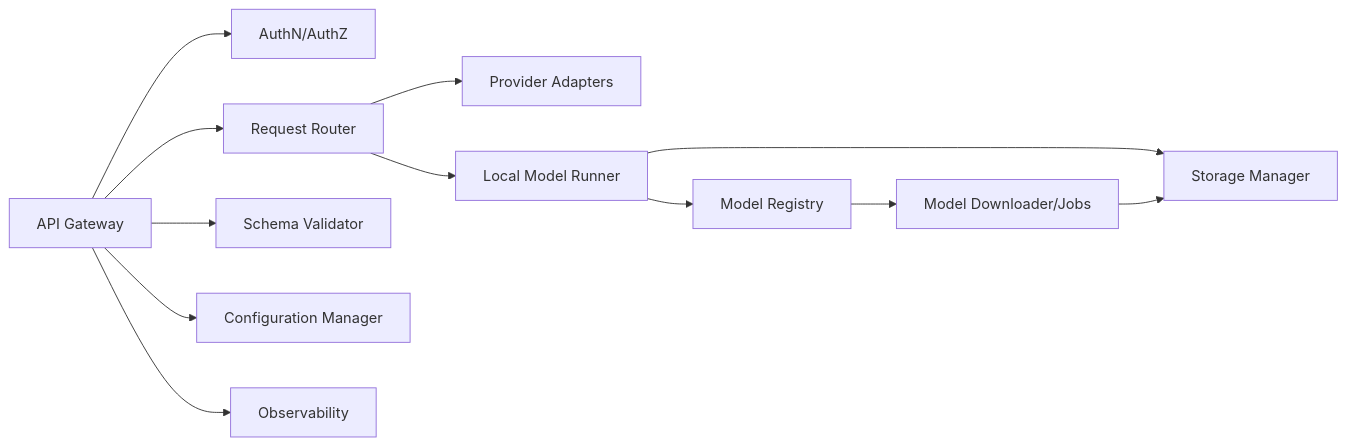
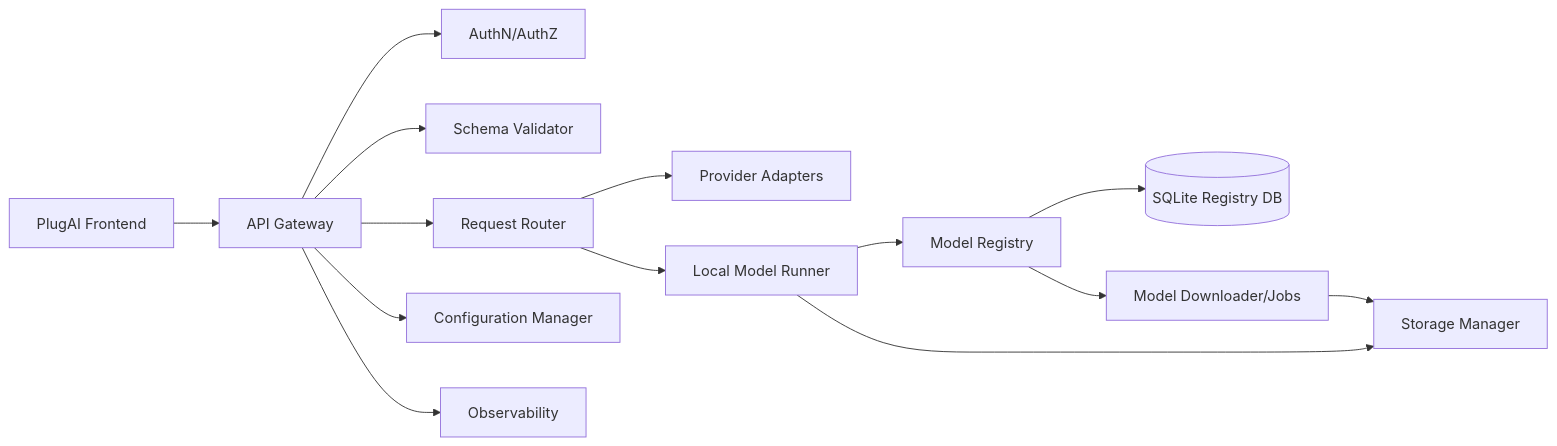
One commit to pluggably/llm_api changed the second of 3 diagrams in docs/architecture/system_architecture.md. Above: the diagram before and after it, drawn with Mermaid. The commit also changed other lines of this file and 119 other files, not shown here.

````diff
--- a/docs/architecture/system_architecture.md
+++ b/docs/architecture/system_architecture.md
@@ -34,26 +38,30 @@
 ```mermaid
 graph LR
+    Frontend[PlugAI Frontend]
     Gateway[API Gateway]
     Auth[AuthN/AuthZ]
     Router[Request Router]
     Validator[Schema Validator]
     Adapters[Provider Adapters]
     LocalRunner[Local Model Runner]
     Registry[Model Registry]
+    RegistryDB[(SQLite Registry DB)]
     Downloader[Model Downloader/Jobs]
     StorageMgr[Storage Manager]
     Config[Configuration Manager]
     Obs[Observability]
 
+    Frontend --> Gateway
     Gateway --> Auth
     Gateway --> Validator
     Gateway --> Router
     Router --> Adapters
     Router --> LocalRunner
     LocalRunner --> Registry
+    Registry --> RegistryDB
     Registry --> Downloader
     LocalRunner --> StorageMgr
     Gateway --> Config
     Gateway --> Obs
     Downloader --> StorageMgr
 ```
````
